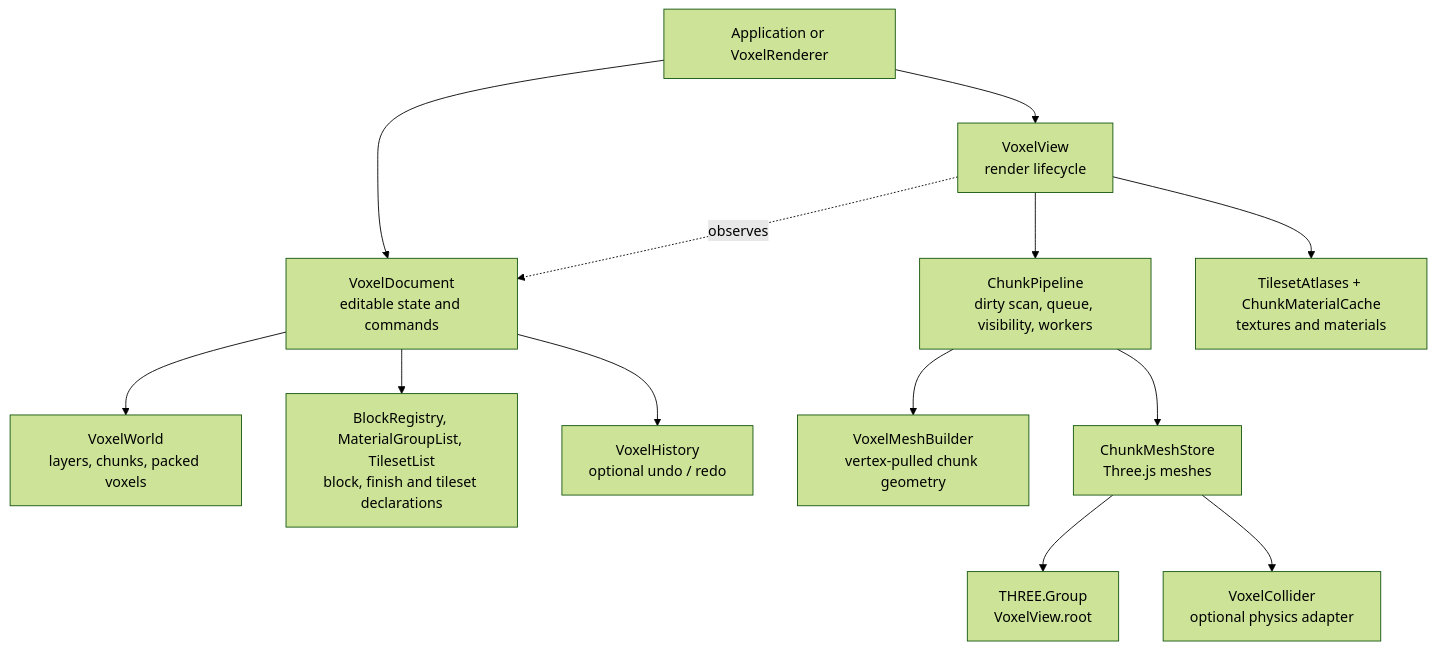
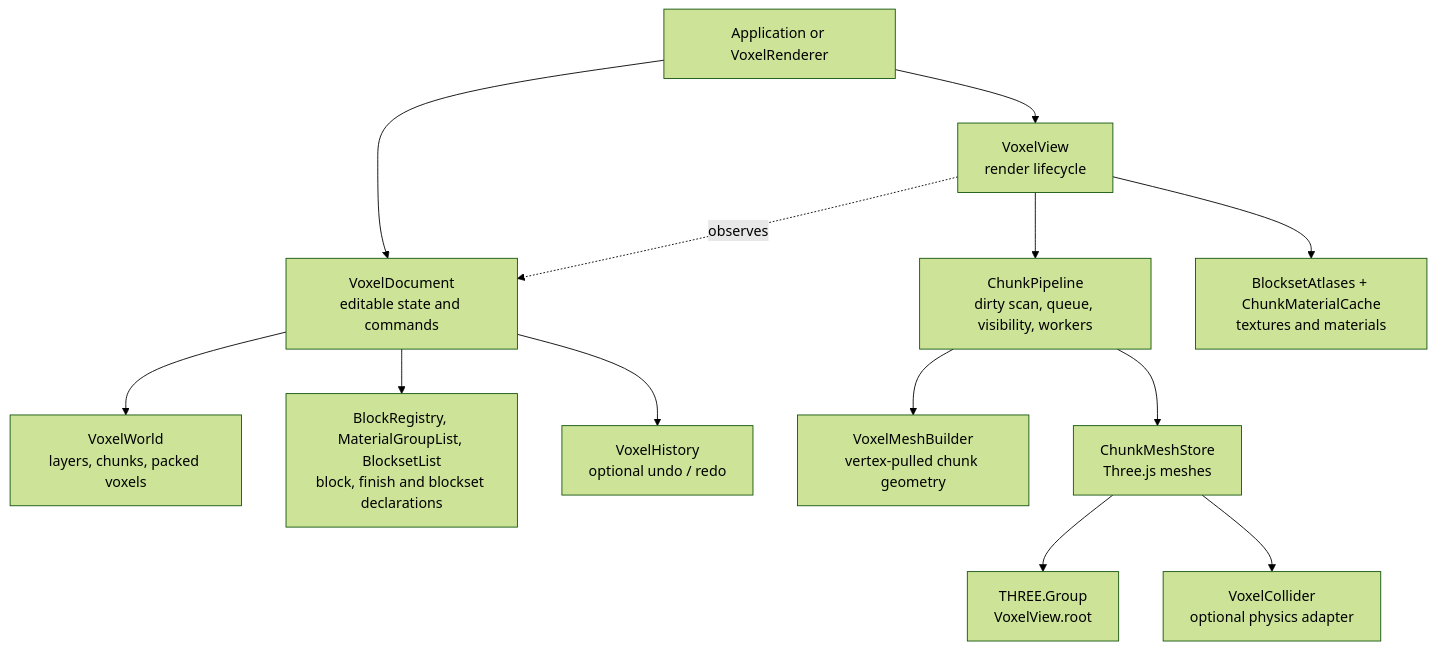
Before and after one commit to JollyPixel/editor: the first of 4 diagrams in packages/voxel-renderer/ARCHITECTURE.md, drawn with Mermaid (forest theme). The commit also changed other lines of this file and 382 other files, not shown here.

````diff
--- a/packages/voxel-renderer/ARCHITECTURE.md
+++ b/packages/voxel-renderer/ARCHITECTURE.md
@@ -12,17 +12,17 @@
 ```mermaid
 flowchart TB
     App["Application or VoxelRenderer"] --> Document["VoxelDocument<br/>editable state and commands"]
     App --> View["VoxelView<br/>render lifecycle"]
     View -. "observes" .-> Document
 
     Document --> World["VoxelWorld<br/>layers, chunks, packed voxels"]
-    Document --> Definitions["BlockRegistry, MaterialGroupList, TilesetList<br/>block, finish and tileset declarations"]
+    Document --> Definitions["BlockRegistry, MaterialGroupList, BlocksetList<br/>block, finish and blockset declarations"]
     Document --> History["VoxelHistory<br/>optional undo / redo"]
 
     View --> Pipeline["ChunkPipeline<br/>dirty scan, queue, visibility, workers"]
-    View --> Atlases["TilesetAtlases + ChunkMaterialCache<br/>textures and materials"]
+    View --> Atlases["BlocksetAtlases + ChunkMaterialCache<br/>textures and materials"]
     Pipeline --> Builder["VoxelMeshBuilder<br/>vertex-pulled chunk geometry"]
     Pipeline --> Store["ChunkMeshStore<br/>Three.js meshes"]
     Store --> Root["THREE.Group<br/>VoxelView.root"]
     Store --> Collider["VoxelCollider<br/>optional physics adapter"]
 ```
````
